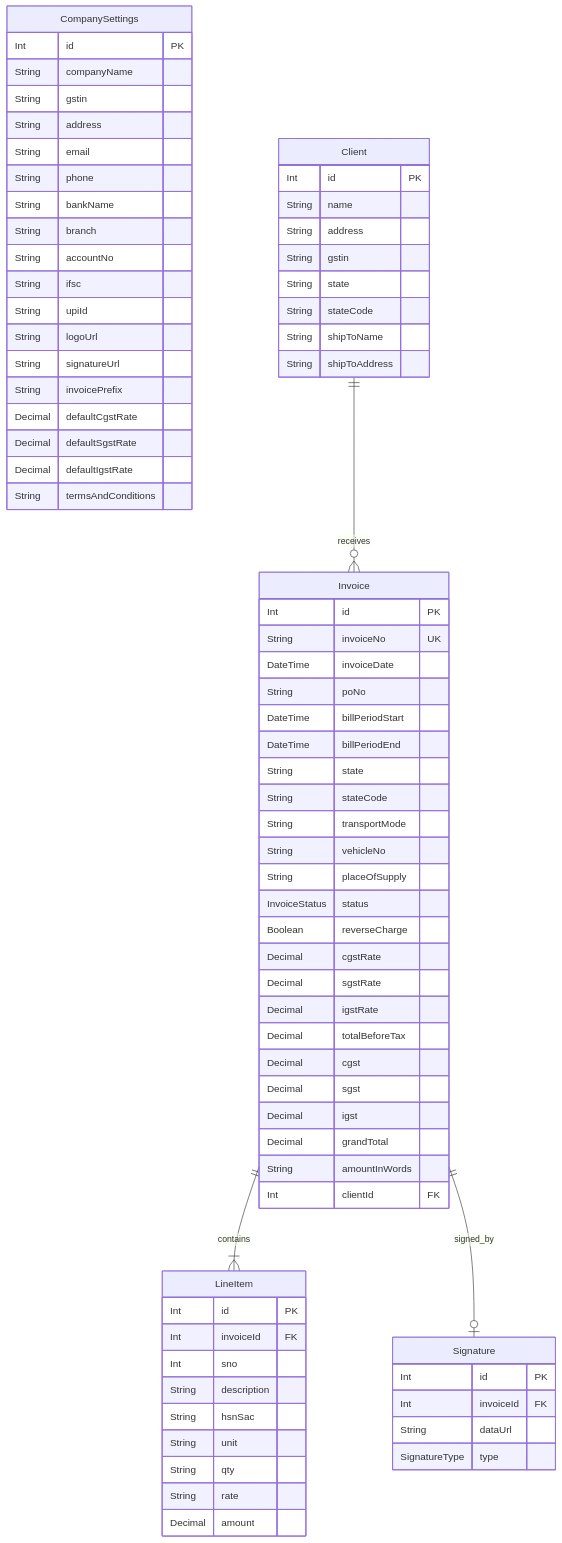
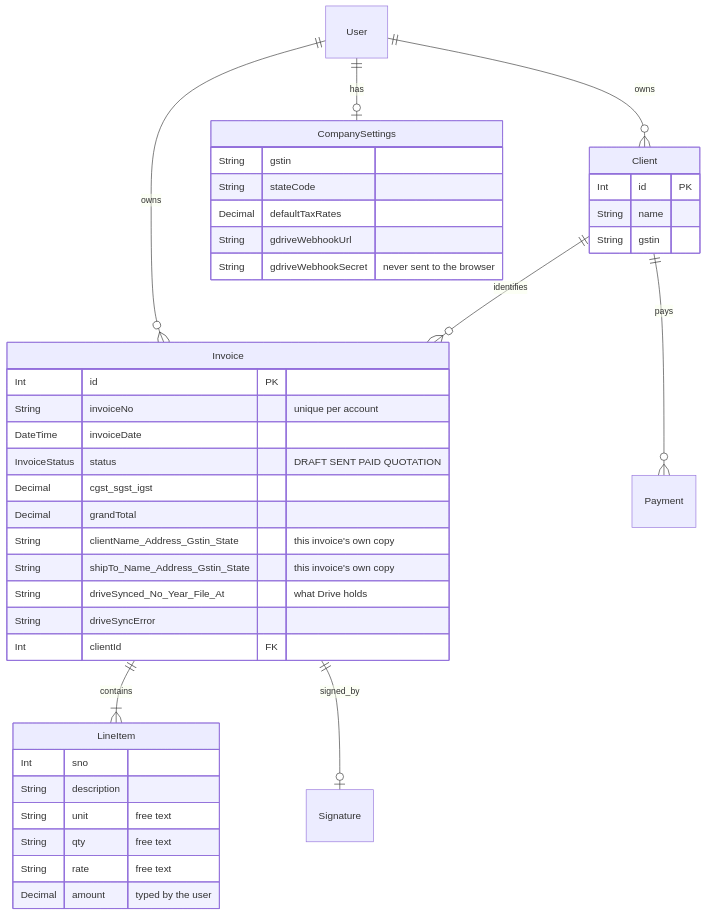
Before and after one commit to rohilkohli/rke-invoice: the diagram in PROJECT_ARCHITECTURE.md, drawn with Mermaid. The commit also changed other lines of this file and 3 other files, not shown here.

````diff
--- a/PROJECT_ARCHITECTURE.md
+++ b/PROJECT_ARCHITECTURE.md
@@ -82,83 +81,44 @@
 ```mermaid
 erDiagram
-    CompanySettings {
+    User ||--o{ Invoice : owns
+    User ||--o{ Client : owns
+    User ||--o| CompanySettings : has
+    Client ||--o{ Invoice : "identifies"
+    Client ||--o{ Payment : "pays"
+    Invoice ||--|{ LineItem : contains
+    Invoice ||--o| Signature : "signed_by"
+
+    Invoice {
         Int id PK
-        String companyName
-        String gstin
-        String address
-        String email
-        String phone
-        String bankName
-        String branch
-        String accountNo
-        String ifsc
-        String upiId
-        String logoUrl
-        String signatureUrl
-        String invoicePrefix
-        Decimal defaultCgstRate
-        Decimal defaultSgstRate
-        Decimal defaultIgstRate
-        String termsAndConditions
+        String invoiceNo "unique per account"
+        DateTime invoiceDate
+        InvoiceStatus status "DRAFT SENT PAID QUOTATION"
+        Decimal cgst_sgst_igst
+        Decimal grandTotal
+        String clientName_Address_Gstin_State "this invoice's own copy"
+        String shipTo_Name_Address_Gstin_State "this invoice's own copy"
+        String driveSynced_No_Year_File_At "what Drive holds"
+        String driveSyncError
+        Int clientId FK
     }
-
+    LineItem {
+        Int sno
+        String description
+        String unit "free text"
+        String qty "free text"
+        String rate "free text"
+        Decimal amount "typed by the user"
+    }
     Client {
         Int id PK
         String name
-        String address
         String gstin
-        String state
+    }
+    CompanySettings {
+        String gstin
         String stateCode
-        String shipToName
-        String shipToAddress
+        Decimal defaultTaxRates
+        String gdriveWebhookUrl
+        String gdriveWebhookSecret "never sent to the browser"
     }
-
-    Invoice {
-        Int id PK
-        String invoiceNo UK
-        DateTime invoiceDate
-        String poNo
-        DateTime billPeriodStart
-        DateTime billPeriodEnd
-        String state
-        String stateCode
-        String transportMode
-        String vehicleNo
-        String placeOfSupply
-        InvoiceStatus status
-        Boolean reverseCharge
-        Decimal cgstRate
-        Decimal sgstRate
-        Decimal igstRate
-        Decimal totalBeforeTax
-        Decimal cgst
-        Decimal sgst
-        Decimal igst
-        Decimal grandTotal
-        String amountInWords
-        Int clientId FK
-    }
-
-    LineItem {
-        Int id PK
-        Int invoiceId FK
-        Int sno
-        String description
-        String hsnSac
-        String unit
-        String qty
-        String rate
-        Decimal amount
-    }
-
-    Signature {
-        Int id PK
-        Int invoiceId FK
-        String dataUrl
-        SignatureType type
-    }
-
-    Client ||--o{ Invoice : "receives"
-    Invoice ||--|{ LineItem : "contains"
-    Invoice ||--o| Signature : "signed_by"
 ```
````
